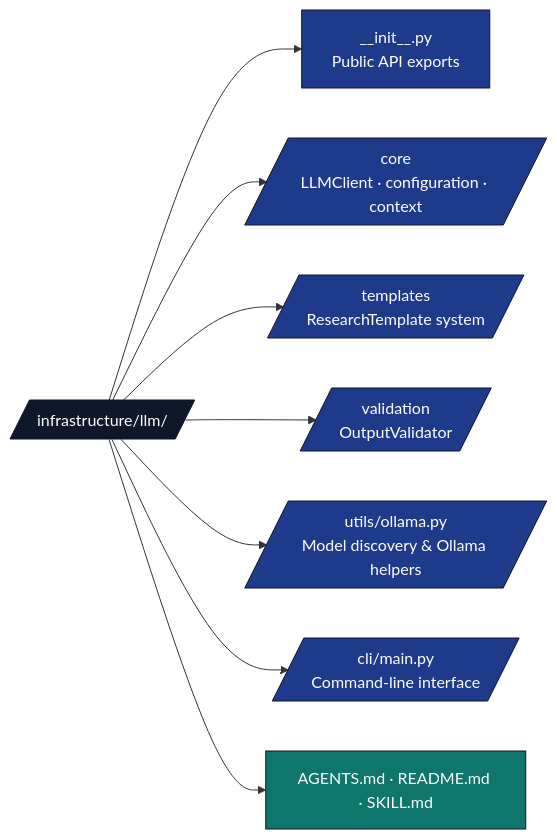
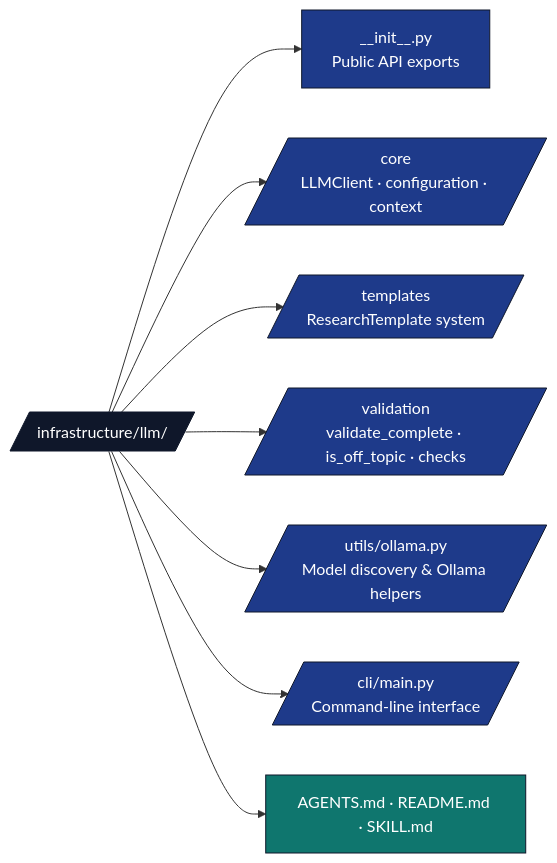
One commit to docxology/template changed the diagram in docs/rules/llm_standards.md. Above: the diagram before and after it, drawn with Mermaid. The commit also changed other lines of this file and 35 other files, not shown here.

````diff
--- a/docs/rules/llm_standards.md
+++ b/docs/rules/llm_standards.md
@@ -11,18 +11,18 @@
 ```mermaid
 flowchart LR
     LLM[/infrastructure/llm//]
     LLM --> INIT[__init__.py<br/>Public API exports]
     LLM --> CORE[/core<br/>LLMClient · configuration · context/]
     LLM --> TPL[/templates<br/>ResearchTemplate system/]
-    LLM --> VAL[/validation<br/>OutputValidator/]
+    LLM --> VAL[/validation<br/>validate_complete · is_off_topic · checks/]
     LLM --> UT[/utils/ollama.py<br/>Model discovery &amp; Ollama helpers/]
     LLM --> CLI[/cli/main.py<br/>Command-line interface/]
     LLM --> DOCS[AGENTS.md · README.md · SKILL.md]
 
     classDef d fill:#0f172a,stroke:#0f172a,color:#fff
     classDef code fill:#1e3a8a,stroke:#0f172a,color:#fff
     classDef doc fill:#0f766e,stroke:#0f172a,color:#fff
     class LLM d
     class INIT,CORE,TPL,VAL,UT,CLI code
     class DOCS doc
 ```
````
